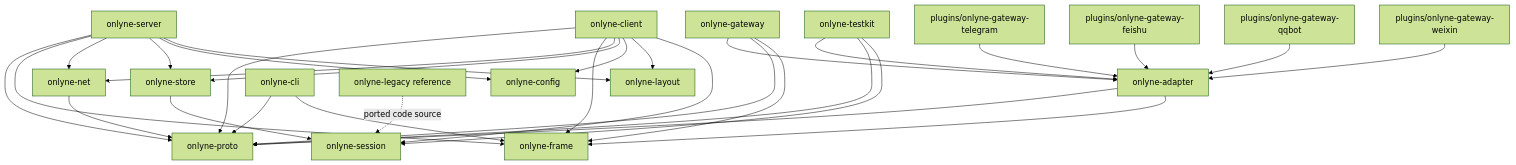
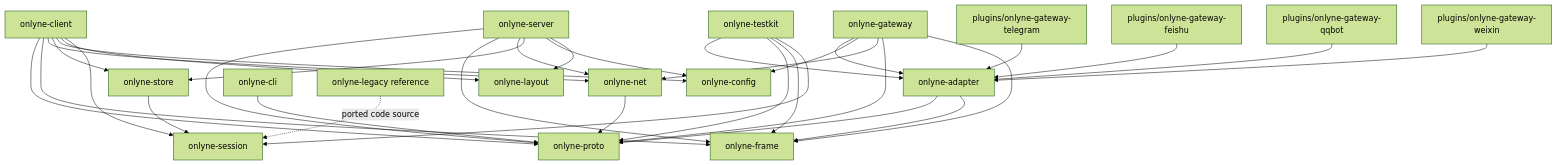
Before and after one commit to dbydd/onlyne: the diagram in docs/v1-ARCHITECTURE.md, drawn with Mermaid (forest theme). The commit also changed other lines of this file and 75 other files, not shown here.

Commit message:
checkpoint: wave 1 green, net adapter proto cli testkit landed, server delivery path in flight

````diff
--- a/docs/v1-ARCHITECTURE.md
+++ b/docs/v1-ARCHITECTURE.md
@@ -9,33 +9,35 @@
 ```mermaid
 graph TD
   server[onlyne-server] --> proto[onlyne-proto]
   server --> frame[onlyne-frame]
   server --> net[onlyne-net]
   server --> store[onlyne-store]
   server --> config[onlyne-config]
   server --> layout[onlyne-layout]
   client[onlyne-client] --> proto
   client --> frame
   client --> net
   client --> store
   client --> config
   client --> layout
   client --> session[onlyne-session]
   gateway[onlyne-gateway] --> adapter[onlyne-adapter]
+  gateway --> config[onlyne-config]
+  gateway --> net[onlyne-net]
   gateway --> proto
   gateway --> frame
   cli[onlyne-cli] --> proto
-  cli --> frame
   testkit[onlyne-testkit] --> adapter
   testkit --> proto
+  testkit --> frame
   testkit --> session
   store --> session
   net --> proto
   adapter --> proto
   adapter --> frame
   telegram[plugins/onlyne-gateway-telegram] --> adapter
   feishu[plugins/onlyne-gateway-feishu] --> adapter
   qqbot[plugins/onlyne-gateway-qqbot] --> adapter
   weixin[plugins/onlyne-gateway-weixin] --> adapter
   legacy[onlyne-legacy reference] -. ported code source .-> session
 ```
````
